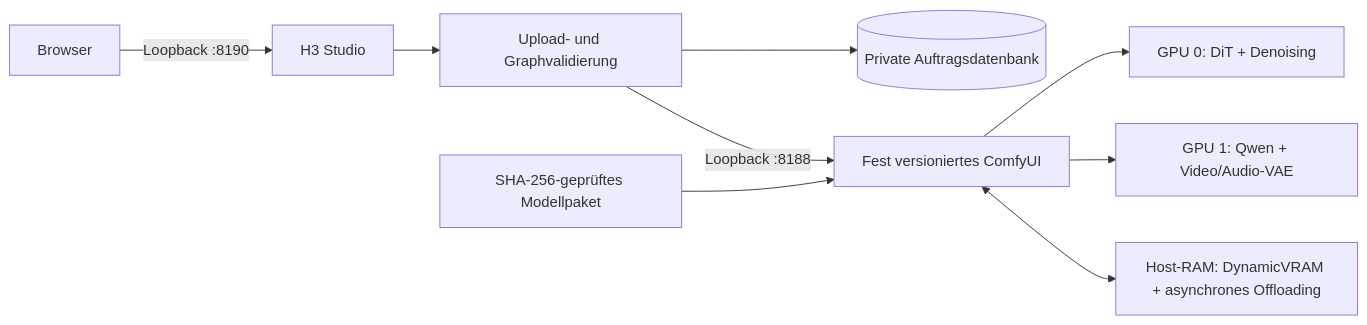
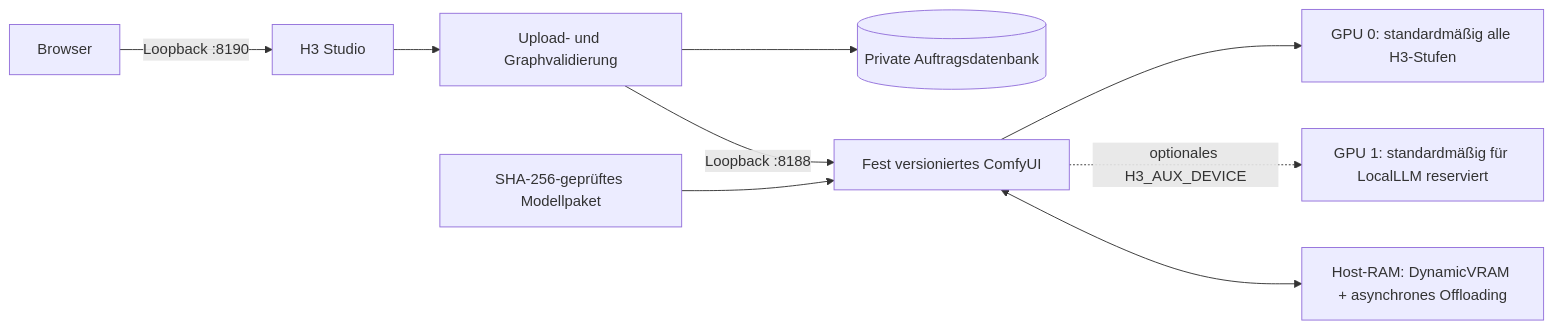
One commit to lachlanchen/LocalVideoGen changed the diagram in i18n/README.de.md. Above: the diagram before and after it, drawn with Mermaid. The commit also changed other lines of this file and 28 other files, not shown here.

````diff
--- a/i18n/README.de.md
+++ b/i18n/README.de.md
@@ -54,11 +56,12 @@
 ```mermaid
 flowchart LR
     B[Browser] -->|Loopback :8190| S[H3 Studio]
     S --> V[Upload- und Graphvalidierung]
     V --> J[(Private Auftragsdatenbank)]
     V -->|Loopback :8188| C[Fest versioniertes ComfyUI]
-    C --> G0[GPU 0: DiT + Denoising]
-    C --> G1[GPU 1: Qwen + Video/Audio-VAE]
+    C --> G0[GPU 0: standardmäßig alle H3-Stufen]
+    G1[GPU 1: standardmäßig für LocalLLM reserviert]
+    C -. optionales H3_AUX_DEVICE .-> G1
     C <--> R[Host-RAM: DynamicVRAM + asynchrones Offloading]
     M[SHA-256-geprüftes Modellpaket] --> C
 ```
````
